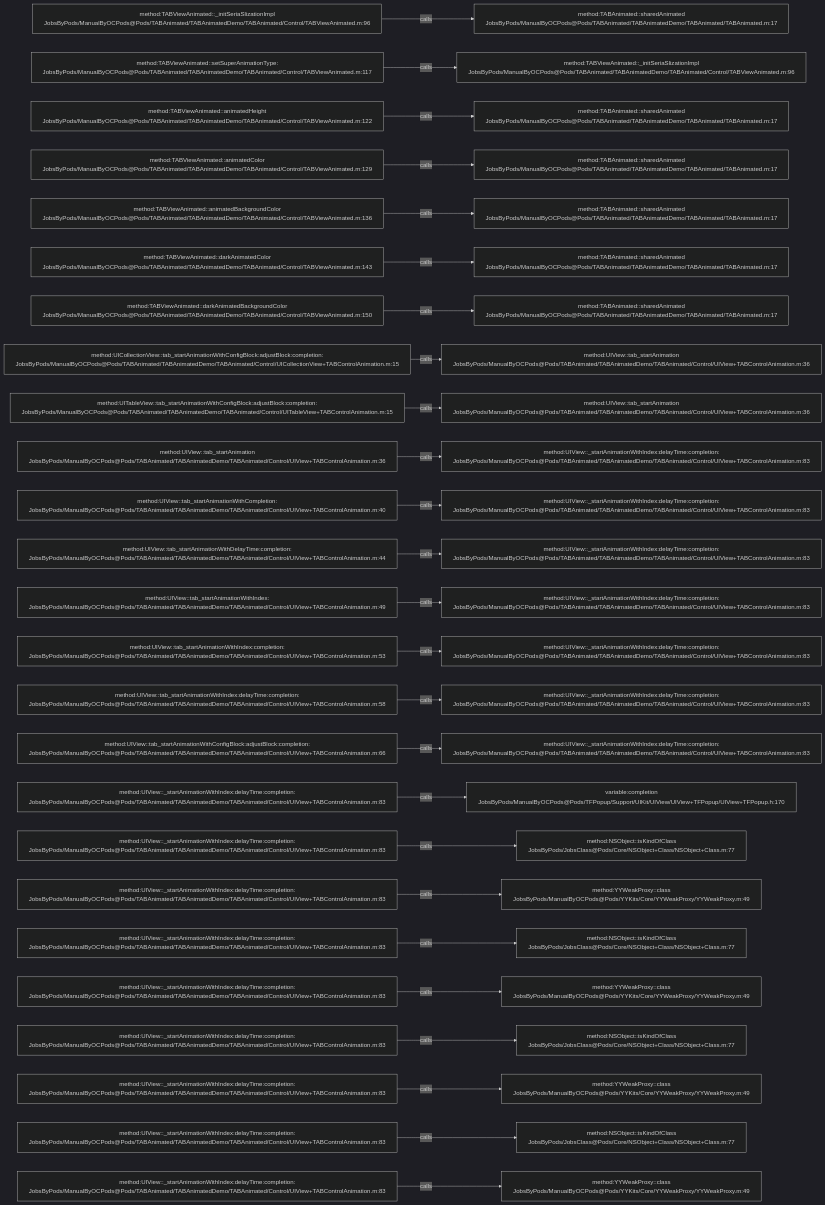
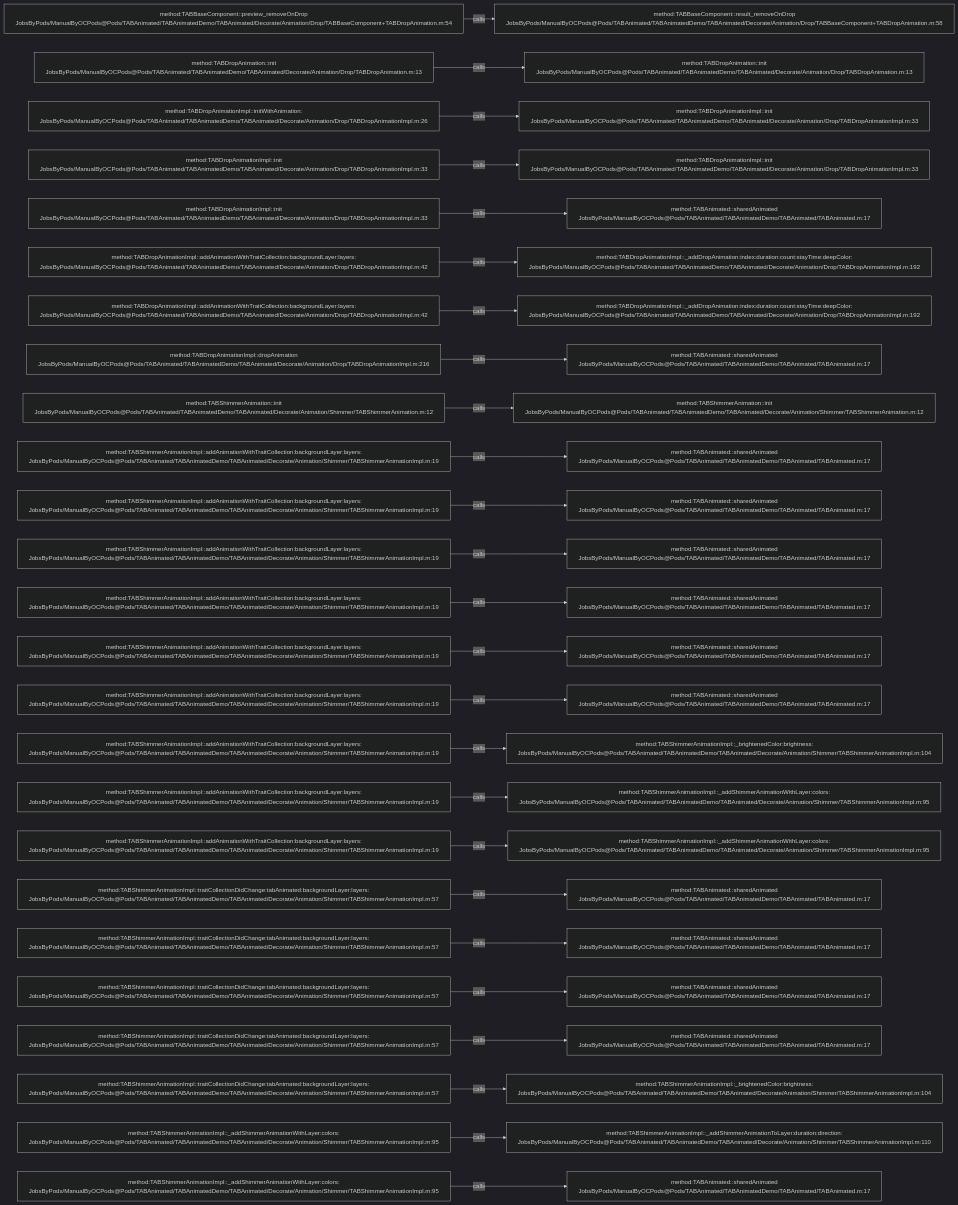
The diagram in .codegraph/codegraph.md/graphs/calls-018.md (JobsKits/JobsOCBaseConfigDemo), drawn with Mermaid (dark theme) before and after one commit. The commit also changed 2723 other files, not shown here.

````diff
--- a/.codegraph/codegraph.md/graphs/calls-018.md
+++ b/.codegraph/codegraph.md/graphs/calls-018.md
@@ -13,78 +13,78 @@
 ```mermaid
 flowchart LR
-  S1["method:TABViewAnimated::_initSeriaSlizationImpl<br/>JobsByPods/ManualByOCPods@Pods/TABAnimated/TABAnimatedDemo/TABAnimated/Control/TABViewAnimated.m:96"]
-  T1["method:TABAnimated::sharedAnimated<br/>JobsByPods/ManualByOCPods@Pods/TABAnimated/TABAnimatedDemo/TABAnimated/TABAnimated.m:17"]
+  S1["method:TABBaseComponent::preview_removeOnDrop<br/>JobsByPods/ManualByOCPods@Pods/TABAnimated/TABAnimatedDemo/TABAnimated/Decorate/Animation/Drop/TABBaseComponent+TABDropAnimation.m:54"]
+  T1["method:TABBaseComponent::result_removeOnDrop<br/>JobsByPods/ManualByOCPods@Pods/TABAnimated/TABAnimatedDemo/TABAnimated/Decorate/Animation/Drop/TABBaseComponent+TABDropAnimation.m:58"]
   S1 -->|calls| T1
-  S2["method:TABViewAnimated::setSuperAnimationType:<br/>JobsByPods/ManualByOCPods@Pods/TABAnimated/TABAnimatedDemo/TABAnimated/Control/TABViewAnimated.m:117"]
-  T2["method:TABViewAnimated::_initSeriaSlizationImpl<br/>JobsByPods/ManualByOCPods@Pods/TABAnimated/TABAnimatedDemo/TABAnimated/Control/TABViewAnimated.m:96"]
+  S2["method:TABDropAnimation::init<br/>JobsByPods/ManualByOCPods@Pods/TABAnimated/TABAnimatedDemo/TABAnimated/Decorate/Animation/Drop/TABDropAnimation.m:13"]
+  T2["method:TABDropAnimation::init<br/>JobsByPods/ManualByOCPods@Pods/TABAnimated/TABAnimatedDemo/TABAnimated/Decorate/Animation/Drop/TABDropAnimation.m:13"]
   S2 -->|calls| T2
-  S3["method:TABViewAnimated::animatedHeight<br/>JobsByPods/ManualByOCPods@Pods/TABAnimated/TABAnimatedDemo/TABAnimated/Control/TABViewAnimated.m:122"]
-  T3["method:TABAnimated::sharedAnimated<br/>JobsByPods/ManualByOCPods@Pods/TABAnimated/TABAnimatedDemo/TABAnimated/TABAnimated.m:17"]
+  S3["method:TABDropAnimationImpl::initWithAnimation:<br/>JobsByPods/ManualByOCPods@Pods/TABAnimated/TABAnimatedDemo/TABAnimated/Decorate/Animation/Drop/TABDropAnimationImpl.m:26"]
+  T3["method:TABDropAnimationImpl::init<br/>JobsByPods/ManualByOCPods@Pods/TABAnimated/TABAnimatedDemo/TABAnimated/Decorate/Animation/Drop/TABDropAnimationImpl.m:33"]
   S3 -->|calls| T3
-  S4["method:TABViewAnimated::animatedColor<br/>JobsByPods/ManualByOCPods@Pods/TABAnimated/TABAnimatedDemo/TABAnimated/Control/TABViewAnimated.m:129"]
-  T4["method:TABAnimated::sharedAnimated<br/>JobsByPods/ManualByOCPods@Pods/TABAnimated/TABAnimatedDemo/TABAnimated/TABAnimated.m:17"]
+  S4["method:TABDropAnimationImpl::init<br/>JobsByPods/ManualByOCPods@Pods/TABAnimated/TABAnimatedDemo/TABAnimated/Decorate/Animation/Drop/TABDropAnimationImpl.m:33"]
+  T4["method:TABDropAnimationImpl::init<br/>JobsByPods/ManualByOCPods@Pods/TABAnimated/TABAnimatedDemo/TABAnimated/Decorate/Animation/Drop/TABDropAnimationImpl.m:33"]
   S4 -->|calls| T4
-  S5["method:TABViewAnimated::animatedBackgroundColor<br/>JobsByPods/ManualByOCPods@Pods/TABAnimated/TABAnimatedDemo/TABAnimated/Control/TABViewAnimated.m:136"]
+  S5["method:TABDropAnimationImpl::init<br/>JobsByPods/ManualByOCPods@Pods/TABAnimated/TABAnimatedDemo/TABAnimated/Decorate/Animation/Drop/TABDropAnimationImpl.m:33"]
   T5["method:TABAnimated::sharedAnimated<br/>JobsByPods/ManualByOCPods@Pods/TABAnimated/TABAnimatedDemo/TABAnimated/TABAnimated.m:17"]
   S5 -->|calls| T5
-  S6["method:TABViewAnimated::darkAnimatedColor<br/>JobsByPods/ManualByOCPods@Pods/TABAnimated/TABAnimatedDemo/TABAnimated/Control/TABViewAnimated.m:143"]
-  T6["method:TABAnimated::sharedAnimated<br/>JobsByPods/ManualByOCPods@Pods/TABAnimated/TABAnimatedDemo/TABAnimated/TABAnimated.m:17"]
+  S6["method:TABDropAnimationImpl::addAnimationWithTraitCollection:backgroundLayer:layers:<br/>JobsByPods/ManualByOCPods@Pods/TABAnimated/TABAnimatedDemo/TABAnimated/Decorate/Animation/Drop/TABDropAnimationImpl.m:42"]
+  T6["method:TABDropAnimationImpl::_addDropAnimation:index:duration:count:stayTime:deepColor:<br/>JobsByPods/ManualByOCPods@Pods/TABAnimated/TABAnimatedDemo/TABAnimated/Decorate/Animation/Drop/TABDropAnimationImpl.m:192"]
   S6 -->|calls| T6
-  S7["method:TABViewAnimated::darkAnimatedBackgroundColor<br/>JobsByPods/ManualByOCPods@Pods/TABAnimated/TABAnimatedDemo/TABAnimated/Control/TABViewAnimated.m:150"]
-  T7["method:TABAnimated::sharedAnimated<br/>JobsByPods/ManualByOCPods@Pods/TABAnimated/TABAnimatedDemo/TABAnimated/TABAnimated.m:17"]
+  S7["method:TABDropAnimationImpl::addAnimationWithTraitCollection:backgroundLayer:layers:<br/>JobsByPods/ManualByOCPods@Pods/TABAnimated/TABAnimatedDemo/TABAnimated/Decorate/Animation/Drop/TABDropAnimationImpl.m:42"]
+  T7["method:TABDropAnimationImpl::_addDropAnimation:index:duration:count:stayTime:deepColor:<br/>JobsByPods/ManualByOCPods@Pods/TABAnimated/TABAnimatedDemo/TABAnimated/Decorate/Animation/Drop/TABDropAnimationImpl.m:192"]
   S7 -->|calls| T7
-  S8["method:UICollectionView::tab_startAnimationWithConfigBlock:adjustBlock:completion:<br/>JobsByPods/ManualByOCPods@Pods/TABAnimated/TABAnimatedDemo/TABAnimated/Control/UICollectionView+TABControlAnimation.m:15"]
-  T8["method:UIView::tab_startAnimation<br/>JobsByPods/ManualByOCPods@Pods/TABAnimated/TABAnimatedDemo/TABAnimated/Control/UIView+TABControlAnimation.m:36"]
+  S8["method:TABDropAnimationImpl::dropAnimation<br/>JobsByPods/ManualByOCPods@Pods/TABAnimated/TABAnimatedDemo/TABAnimated/Decorate/Animation/Drop/TABDropAnimationImpl.m:216"]
+  T8["method:TABAnimated::sharedAnimated<br/>JobsByPods/ManualByOCPods@Pods/TABAnimated/TABAnimatedDemo/TABAnimated/TABAnimated.m:17"]
   S8 -->|calls| T8
-  S9["method:UITableView::tab_startAnimationWithConfigBlock:adjustBlock:completion:<br/>JobsByPods/ManualByOCPods@Pods/TABAnimated/TABAnimatedDemo/TABAnimated/Control/UITableView+TABControlAnimation.m:15"]
-  T9["method:UIView::tab_startAnimation<br/>JobsByPods/ManualByOCPods@Pods/TABAnimated/TABAnimatedDemo/TABAnimated/Control/UIView+TABControlAnimation.m:36"]
+  S9["method:TABShimmerAnimation::init<br/>JobsByPods/ManualByOCPods@Pods/TABAnimated/TABAnimatedDemo/TABAnimated/Decorate/Animation/Shimmer/TABShimmerAnimation.m:12"]
+  T9["method:TABShimmerAnimation::init<br/>JobsByPods/ManualByOCPods@Pods/TABAnimated/TABAnimatedDemo/TABAnimated/Decorate/Animation/Shimmer/TABShimmerAnimation.m:12"]
   S9 -->|calls| T9
-  S10["method:UIView::tab_startAnimation<br/>JobsByPods/ManualByOCPods@Pods/TABAnimated/TABAnimatedDemo/TABAnimated/Control/UIView+TABControlAnimation.m:36"]
-  T10["method:UIView::_startAnimationWithIndex:delayTime:completion:<br/>JobsByPods/ManualByOCPods@Pods/TABAnimated/TABAnimatedDemo/TABAnimated/Control/UIView+TABControlAnimation.m:83"]
+  S10["method:TABShimmerAnimationImpl::addAnimationWithTraitCollection:backgroundLayer:layers:<br/>JobsByPods/ManualByOCPods@Pods/TABAnimated/TABAnimatedDemo/TABAnimated/Decorate/Animation/Shimmer/TABShimmerAnimationImpl.m:19"]
+  T10["method:TABAnimated::sharedAnimated<br/>JobsByPods/ManualByOCPods@Pods/TABAnimated/TABAnimatedDemo/TABAnimated/TABAnimated.m:17"]
   S10 -->|calls| T10
-  S11["method:UIView::tab_startAnimationWithCompletion:<br/>JobsByPods/ManualByOCPods@Pods/TABAnimated/TABAnimatedDemo/TABAnimated/Control/UIView+TABControlAnimation.m:40"]
-  T11["method:UIView::_startAnimationWithIndex:delayTime:completion:<br/>JobsByPods/ManualByOCPods@Pods/TABAnimated/TABAnimatedDemo/TABAnimated/Control/UIView+TABControlAnimation.m:83"]
+  S11["method:TABShimmerAnimationImpl::addAnimationWithTraitCollection:backgroundLayer:layers:<br/>JobsByPods/ManualByOCPods@Pods/TABAnimated/TABAnimatedDemo/TABAnimated/Decorate/Animation/Shimmer/TABShimmerAnimationImpl.m:19"]
+  T11["method:TABAnimated::sharedAnimated<br/>JobsByPods/ManualByOCPods@Pods/TABAnimated/TABAnimatedDemo/TABAnimated/TABAnimated.m:17"]
   S11 -->|calls| T11
-  S12["method:UIView::tab_startAnimationWithDelayTime:completion:<br/>JobsByPods/ManualByOCPods@Pods/TABAnimated/TABAnimatedDemo/TABAnimated/Control/UIView+TABControlAnimation.m:44"]
-  T12["method:UIView::_startAnimationWithIndex:delayTime:completion:<br/>JobsByPods/ManualByOCPods@Pods/TABAnimated/TABAnimatedDemo/TABAnimated/Control/UIView+TABControlAnimation.m:83"]
+  S12["method:TABShimmerAnimationImpl::addAnimationWithTraitCollection:backgroundLayer:layers:<br/>JobsByPods/ManualByOCPods@Pods/TABAnimated/TABAnimatedDemo/TABAnimated/Decorate/Animation/Shimmer/TABShimmerAnimationImpl.m:19"]
+  T12["method:TABAnimated::sharedAnimated<br/>JobsByPods/ManualByOCPods@Pods/TABAnimated/TABAnimatedDemo/TABAnimated/TABAnimated.m:17"]
   S12 -->|calls| T12
-  S13["method:UIView::tab_startAnimationWithIndex:<br/>JobsByPods/ManualByOCPods@Pods/TABAnimated/TABAnimatedDemo/TABAnimated/Control/UIView+TABControlAnimation.m:49"]
-  T13["method:UIView::_startAnimationWithIndex:delayTime:completion:<br/>JobsByPods/ManualByOCPods@Pods/TABAnimated/TABAnimatedDemo/TABAnimated/Control/UIView+TABControlAnimation.m:83"]
+  S13["method:TABShimmerAnimationImpl::addAnimationWithTraitCollection:backgroundLayer:layers:<br/>JobsByPods/ManualByOCPods@Pods/TABAnimated/TABAnimatedDemo/TABAnimated/Decorate/Animation/Shimmer/TABShimmerAnimationImpl.m:19"]
+  T13["method:TABAnimated::sharedAnimated<br/>JobsByPods/ManualByOCPods@Pods/TABAnimated/TABAnimatedDemo/TABAnimated/TABAnimated.m:17"]
   S13 -->|calls| T13
-  S14["method:UIView::tab_startAnimationWithIndex:completion:<br/>JobsByPods/ManualByOCPods@Pods/TABAnimated/TABAnimatedDemo/TABAnimated/Control/UIView+TABControlAnimation.m:53"]
-  T14["method:UIView::_startAnimationWithIndex:delayTime:completion:<br/>JobsByPods/ManualByOCPods@Pods/TABAnimated/TABAnimatedDemo/TABAnimated/Control/UIView+TABControlAnimation.m:83"]
+  S14["method:TABShimmerAnimationImpl::addAnimationWithTraitCollection:backgroundLayer:layers:<br/>JobsByPods/ManualByOCPods@Pods/TABAnimated/TABAnimatedDemo/TABAnimated/Decorate/Animation/Shimmer/TABShimmerAnimationImpl.m:19"]
+  T14["method:TABAnimated::sharedAnimated<br/>JobsByPods/ManualByOCPods@Pods/TABAnimated/TABAnimatedDemo/TABAnimated/TABAnimated.m:17"]
   S14 -->|calls| T14
-  S15["method:UIView::tab_startAnimationWithIndex:delayTime:completion:<br/>JobsByPods/ManualByOCPods@Pods/TABAnimated/TABAnimatedDemo/TABAnimated/Control/UIView+TABControlAnimation.m:58"]
-  T15["method:UIView::_startAnimationWithIndex:delayTime:completion:<br/>JobsByPods/ManualByOCPods@Pods/TABAnimated/TABAnimatedDemo/TABAnimated/Control/UIView+TABControlAnimation.m:83"]
+  S15["method:TABShimmerAnimationImpl::addAnimationWithTraitCollection:backgroundLayer:layers:<br/>JobsByPods/ManualByOCPods@Pods/TABAnimated/TABAnimatedDemo/TABAnimated/Decorate/Animation/Shimmer/TABShimmerAnimationImpl.m:19"]
+  T15["method:TABAnimated::sharedAnimated<br/>JobsByPods/ManualByOCPods@Pods/TABAnimated/TABAnimatedDemo/TABAnimated/TABAnimated.m:17"]
   S15 -->|calls| T15
-  S16["method:UIView::tab_startAnimationWithConfigBlock:adjustBlock:completion:<br/>JobsByPods/ManualByOCPods@Pods/TABAnimated/TABAnimatedDemo/TABAnimated/Control/UIView+TABControlAnimation.m:66"]
-  T16["method:UIView::_startAnimationWithIndex:delayTime:completion:<br/>JobsByPods/ManualByOCPods@Pods/TABAnimated/TABAnimatedDemo/TABAnimated/Control/UIView+TABControlAnimation.m:83"]
+  S16["method:TABShimmerAnimationImpl::addAnimationWithTraitCollection:backgroundLayer:layers:<br/>JobsByPods/ManualByOCPods@Pods/TABAnimated/TABAnimatedDemo/TABAnimated/Decorate/Animation/Shimmer/TABShimmerAnimationImpl.m:19"]
+  T16["method:TABShimmerAnimationImpl::_brightenedColor:brightness:<br/>JobsByPods/ManualByOCPods@Pods/TABAnimated/TABAnimatedDemo/TABAnimated/Decorate/Animation/Shimmer/TABShimmerAnimationImpl.m:104"]
   S16 -->|calls| T16
-  S17["method:UIView::_startAnimationWithIndex:delayTime:completion:<br/>JobsByPods/ManualByOCPods@Pods/TABAnimated/TABAnimatedDemo/TABAnimated/Control/UIView+TABControlAnimation.m:83"]
-  T17["variable:completion<br/>JobsByPods/ManualByOCPods@Pods/TFPopup/Support/UIKit/UIView/UIView+TFPopup/UIView+TFPopup.h:170"]
+  S17["method:TABShimmerAnimationImpl::addAnimationWithTraitCollection:backgroundLayer:layers:<br/>JobsByPods/ManualByOCPods@Pods/TABAnimated/TABAnimatedDemo/TABAnimated/Decorate/Animation/Shimmer/TABShimmerAnimationImpl.m:19"]
+  T17["method:TABShimmerAnimationImpl::_addShimmerAnimationWithLayer:colors:<br/>JobsByPods/ManualByOCPods@Pods/TABAnimated/TABAnimatedDemo/TABAnimated/Decorate/Animation/Shimmer/TABShimmerAnimationImpl.m:95"]
   S17 -->|calls| T17
-  S18["method:UIView::_startAnimationWithIndex:delayTime:completion:<br/>JobsByPods/ManualByOCPods@Pods/TABAnimated/TABAnimatedDemo/TABAnimated/Control/UIView+TABControlAnimation.m:83"]
-  T18["method:NSObject::isKindOfClass<br/>JobsByPods/JobsClass@Pods/Core/NSObject+Class/NSObject+Class.m:77"]
+  S18["method:TABShimmerAnimationImpl::addAnimationWithTraitCollection:backgroundLayer:layers:<br/>JobsByPods/ManualByOCPods@Pods/TABAnimated/TABAnimatedDemo/TABAnimated/Decorate/Animation/Shimmer/TABShimmerAnimationImpl.m:19"]
+  T18["method:TABShimmerAnimationImpl::_addShimmerAnimationWithLayer:colors:<br/>JobsByPods/ManualByOCPods@Pods/TABAnimated/TABAnimatedDemo/TABAnimated/Decorate/Animation/Shimmer/TABShimmerAnimationImpl.m:95"]
   S18 -->|calls| T18
-  S19["method:UIView::_startAnimationWithIndex:delayTime:completion:<br/>JobsByPods/ManualByOCPods@Pods/TABAnimated/TABAnimatedDemo/TABAnimated/Control/UIView+TABControlAnimation.m:83"]
-  T19["method:YYWeakProxy::class<br/>JobsByPods/ManualByOCPods@Pods/YYKits/Core/YYWeakProxy/YYWeakProxy.m:49"]
+  S19["method:TABShimmerAnimationImpl::traitCollectionDidChange:tabAnimated:backgroundLayer:layers:<br/>JobsByPods/ManualByOCPods@Pods/TABAnimated/TABAnimatedDemo/TABAnimated/Decorate/Animation/Shimmer/TABShimmerAnimationImpl.m:57"]
+  T19["method:TABAnimated::sharedAnimated<br/>JobsByPods/ManualByOCPods@Pods/TABAnimated/TABAnimatedDemo/TABAnimated/TABAnimated.m:17"]
   S19 -->|calls| T19
-  S20["method:UIView::_startAnimationWithIndex:delayTime:completion:<br/>JobsByPods/ManualByOCPods@Pods/TABAnimated/TABAnimatedDemo/TABAnimated/Control/UIView+TABControlAnimation.m:83"]
-  T20["method:NSObject::isKindOfClass<br/>JobsByPods/JobsClass@Pods/Core/NSObject+Class/NSObject+Class.m:77"]
+  S20["method:TABShimmerAnimationImpl::traitCollectionDidChange:tabAnimated:backgroundLayer:layers:<br/>JobsByPods/ManualByOCPods@Pods/TABAnimated/TABAnimatedDemo/TABAnimated/Decorate/Animation/Shimmer/TABShimmerAnimationImpl.m:57"]
+  T20["method:TABAnimated::sharedAnimated<br/>JobsByPods/ManualByOCPods@Pods/TABAnimated/TABAnimatedDemo/TABAnimated/TABAnimated.m:17"]
   S20 -->|calls| T20
-  S21["method:UIView::_startAnimationWithIndex:delayTime:completion:<br/>JobsByPods/ManualByOCPods@Pods/TABAnimated/TABAnimatedDemo/TABAnimated/Control/UIView+TABControlAnimation.m:83"]
-  T21["method:YYWeakProxy::class<br/>JobsByPods/ManualByOCPods@Pods/YYKits/Core/YYWeakProxy/YYWeakProxy.m:49"]
+  S21["method:TABShimmerAnimationImpl::traitCollectionDidChange:tabAnimated:backgroundLayer:layers:<br/>JobsByPods/ManualByOCPods@Pods/TABAnimated/TABAnimatedDemo/TABAnimated/Decorate/Animation/Shimmer/TABShimmerAnimationImpl.m:57"]
+  T21["method:TABAnimated::sharedAnimated<br/>JobsByPods/ManualByOCPods@Pods/TABAnimated/TABAnimatedDemo/TABAnimated/TABAnimated.m:17"]
   S21 -->|calls| T21
-  S22["method:UIView::_startAnimationWithIndex:delayTime:completion:<br/>JobsByPods/ManualByOCPods@Pods/TABAnimated/TABAnimatedDemo/TABAnimated/Control/UIView+TABControlAnimation.m:83"]
-  T22["method:NSObject::isKindOfClass<br/>JobsByPods/JobsClass@Pods/Core/NSObject+Class/NSObject+Class.m:77"]
+  S22["method:TABShimmerAnimationImpl::traitCollectionDidChange:tabAnimated:backgroundLayer:layers:<br/>JobsByPods/ManualByOCPods@Pods/TABAnimated/TABAnimatedDemo/TABAnimated/Decorate/Animation/Shimmer/TABShimmerAnimationImpl.m:57"]
+  T22["method:TABAnimated::sharedAnimated<br/>JobsByPods/ManualByOCPods@Pods/TABAnimated/TABAnimatedDemo/TABAnimated/TABAnimated.m:17"]
   S22 -->|calls| T22
-  S23["method:UIView::_startAnimationWithIndex:delayTime:completion:<br/>JobsByPods/ManualByOCPods@Pods/TABAnimated/TABAnimatedDemo/TABAnimated/Control/UIView+TABControlAnimation.m:83"]
-  T23["method:YYWeakProxy::class<br/>JobsByPods/ManualByOCPods@Pods/YYKits/Core/YYWeakProxy/YYWeakProxy.m:49"]
+  S23["method:TABShimmerAnimationImpl::traitCollectionDidChange:tabAnimated:backgroundLayer:layers:<br/>JobsByPods/ManualByOCPods@Pods/TABAnimated/TABAnimatedDemo/TABAnimated/Decorate/Animation/Shimmer/TABShimmerAnimationImpl.m:57"]
+  T23["method:TABShimmerAnimationImpl::_brightenedColor:brightness:<br/>JobsByPods/ManualByOCPods@Pods/TABAnimated/TABAnimatedDemo/TABAnimated/Decorate/Animation/Shimmer/TABShimmerAnimationImpl.m:104"]
   S23 -->|calls| T23
-  S24["method:UIView::_startAnimationWithIndex:delayTime:completion:<br/>JobsByPods/ManualByOCPods@Pods/TABAnimated/TABAnimatedDemo/TABAnimated/Control/UIView+TABControlAnimation.m:83"]
-  T24["method:NSObject::isKindOfClass<br/>JobsByPods/JobsClass@Pods/Core/NSObject+Class/NSObject+Class.m:77"]
+  S24["method:TABShimmerAnimationImpl::_addShimmerAnimationWithLayer:colors:<br/>JobsByPods/ManualByOCPods@Pods/TABAnimated/TABAnimatedDemo/TABAnimated/Decorate/Animation/Shimmer/TABShimmerAnimationImpl.m:95"]
+  T24["method:TABShimmerAnimationImpl::_addShimmerAnimationToLayer:duration:direction:<br/>JobsByPods/ManualByOCPods@Pods/TABAnimated/TABAnimatedDemo/TABAnimated/Decorate/Animation/Shimmer/TABShimmerAnimationImpl.m:110"]
   S24 -->|calls| T24
-  S25["method:UIView::_startAnimationWithIndex:delayTime:completion:<br/>JobsByPods/ManualByOCPods@Pods/TABAnimated/TABAnimatedDemo/TABAnimated/Control/UIView+TABControlAnimation.m:83"]
-  T25["method:YYWeakProxy::class<br/>JobsByPods/ManualByOCPods@Pods/YYKits/Core/YYWeakProxy/YYWeakProxy.m:49"]
+  S25["method:TABShimmerAnimationImpl::_addShimmerAnimationWithLayer:colors:<br/>JobsByPods/ManualByOCPods@Pods/TABAnimated/TABAnimatedDemo/TABAnimated/Decorate/Animation/Shimmer/TABShimmerAnimationImpl.m:95"]
+  T25["method:TABAnimated::sharedAnimated<br/>JobsByPods/ManualByOCPods@Pods/TABAnimated/TABAnimatedDemo/TABAnimated/TABAnimated.m:17"]
   S25 -->|calls| T25
 ```
````
